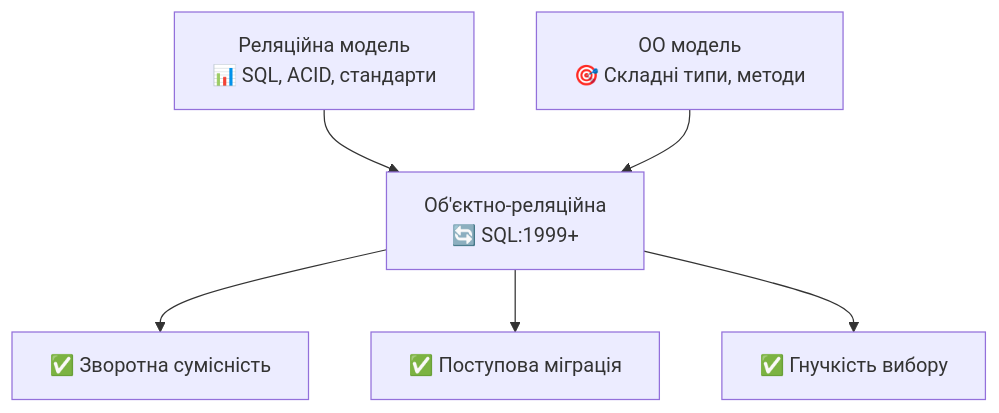
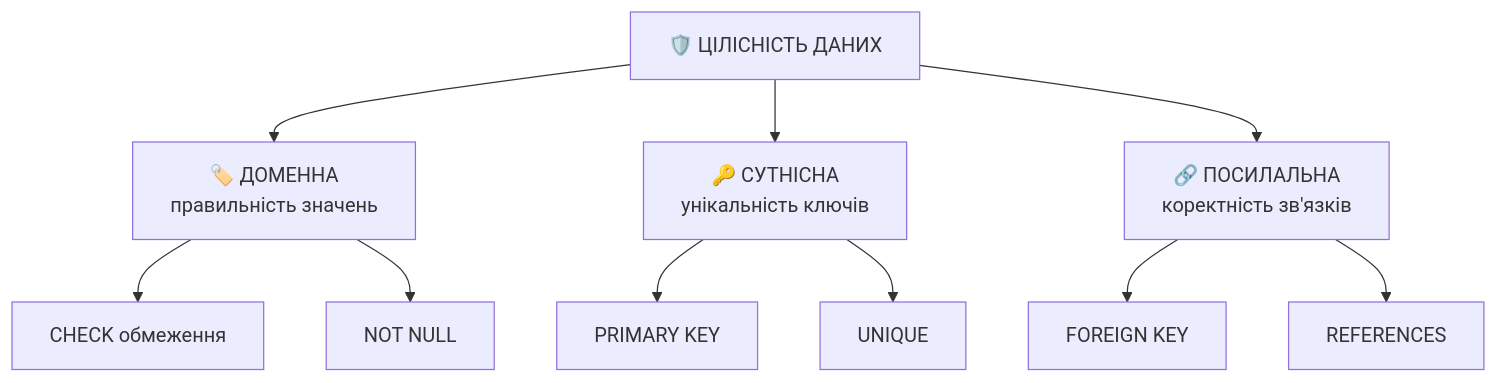
Before and after one commit to olroi421/course-bd: the second of 7 diagrams in presentations/presentation-03.md, drawn with Mermaid. The commit also changed other lines of this file and 7 other files, not shown here.

````diff
--- a/presentations/presentation-03.md
+++ b/presentations/presentation-03.md
@@ -187,9 +252,15 @@
 ```mermaid
 graph TD
-    A[Реляційна модель<br/>📊 SQL, ACID, стандарти] --> C[Об'єктно-реляційна<br/>🔄 SQL:1999+]
-    B[ОО модель<br/>🎯 Складні типи, методи] --> C
+    A[🛡️ ЦІЛІСНІСТЬ ДАНИХ] --> B[🏷️ ДОМЕННА<br/>правильність значень]
+    A --> C[🔑 СУТНІСНА<br/>унікальність ключів]
+    A --> D[🔗 ПОСИЛАЛЬНА<br/>коректність зв'язків]
 
-    C --> D[✅ Зворотна сумісність]
-    C --> E[✅ Поступова міграція]
-    C --> F[✅ Гнучкість вибору]
+    B --> E[CHECK обмеження]
+    B --> F[NOT NULL]
+
+    C --> G[PRIMARY KEY]
+    C --> H[UNIQUE]
+
+    D --> I[FOREIGN KEY]
+    D --> J[REFERENCES]
 ```
````
